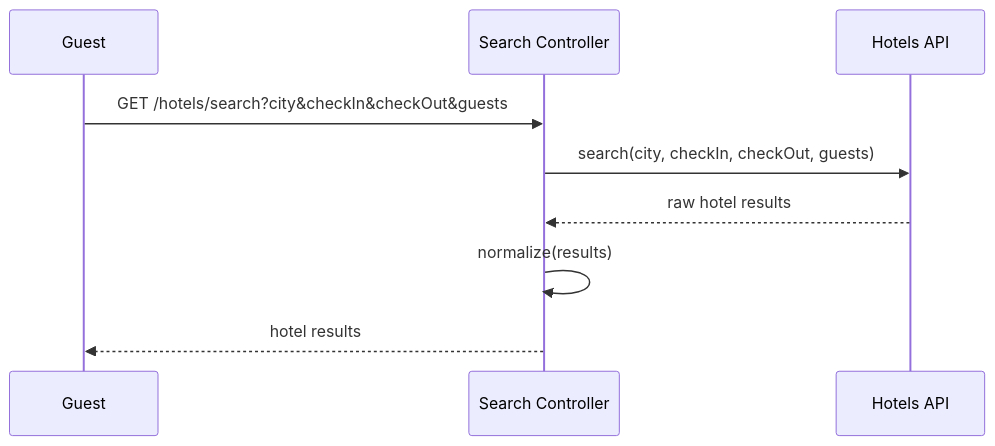
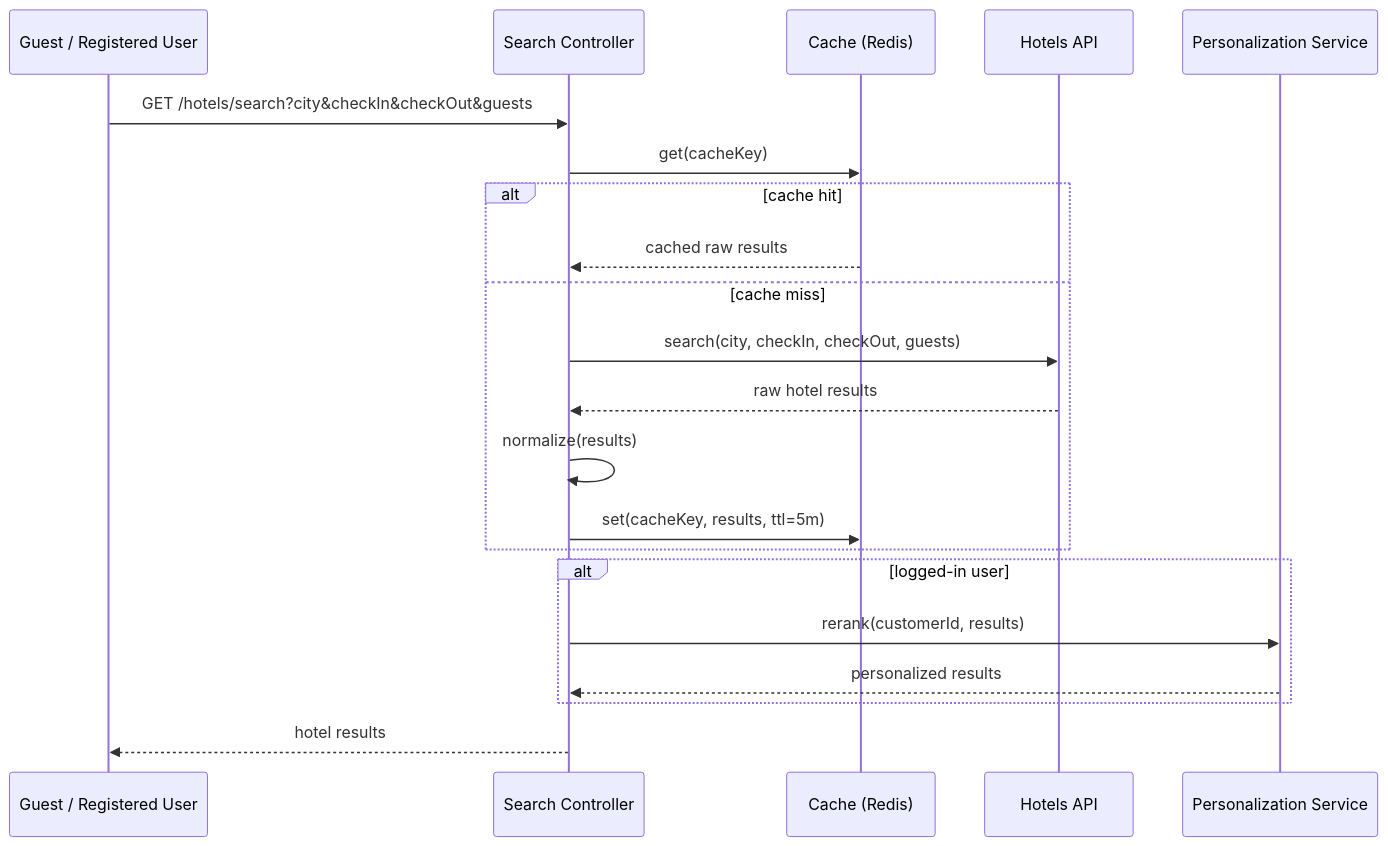
Before and after one commit to Backend-Mentor-ORG/booking: the second of 3 diagrams in diagrams/UC-01-search-hotels.md, drawn with Mermaid. The commit also changed other lines of this file and 4 other files, not shown here.

Commit message:
Enhance caching strategy for Flights and Hotels API, update use case diagrams and pseudocode for improved performance and personalization

````diff
--- a/diagrams/UC-01-search-hotels.md
+++ b/diagrams/UC-01-search-hotels.md
@@ -17,12 +27,24 @@
 ```mermaid
 sequenceDiagram
-  participant G as Guest
+  participant U as Guest / Registered User
   participant API as Search Controller
+  participant Cache as Cache (Redis)
   participant Ext as Hotels API
+  participant P as Personalization Service
 
-  G->>API: GET /hotels/search?city&checkIn&checkOut&guests
-  API->>Ext: search(city, checkIn, checkOut, guests)
-  Ext-->>API: raw hotel results
-  API->>API: normalize(results)
-  API-->>G: hotel results
+  U->>API: GET /hotels/search?city&checkIn&checkOut&guests
+  API->>Cache: get(cacheKey)
+  alt cache hit
+    Cache-->>API: cached raw results
+  else cache miss
+    API->>Ext: search(city, checkIn, checkOut, guests)
+    Ext-->>API: raw hotel results
+    API->>API: normalize(results)
+    API->>Cache: set(cacheKey, results, ttl=5m)
+  end
+  alt logged-in user
+    API->>P: rerank(customerId, results)
+    P-->>API: personalized results
+  end
+  API-->>U: hotel results
 ```
````
